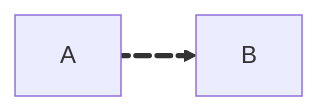
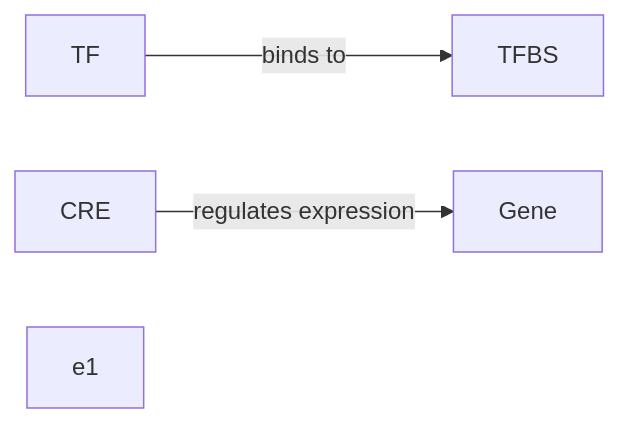
Before and after one commit to Yongsik-Lee/marl: the diagram in _posts/2025-04-28-20205266.md, drawn with Mermaid. The commit also changed other lines of this file, not shown here.

```diff
--- a/_posts/2025-04-28-20205266.md
+++ b/_posts/2025-04-28-20205266.md
@@ -79,7 +79,6 @@
-{% mermaid %}
-graph LR
-  A e1@==> B
-  e1@{ animate: true }
-  
-
-{% endmermaid %}
+<div class="mermaid">
+flowchart LR
+  TF -->|binds to| TFBS
+  CRE -->|regulates expression| Gene
+  e1@{ animation: fast }
+</div>
```
